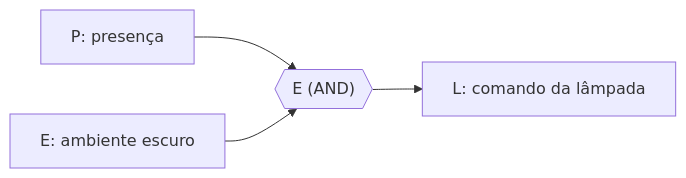
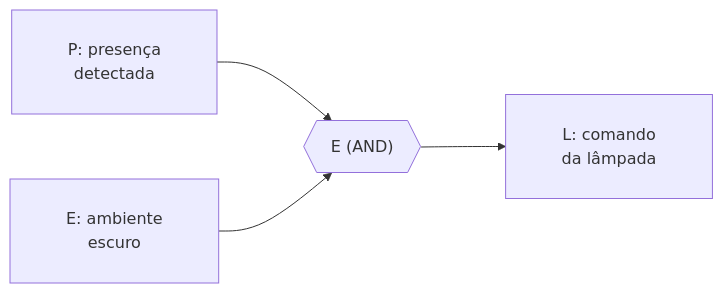
The sixth of 6 diagrams in example/digital-electronics/pt/introduction-to-digital-electronics.md (MathJSLab/mathjslab-markdown), drawn with Mermaid before and after one commit. The commit also changed other lines of this file and 2 other files, not shown here.

````diff
--- a/example/digital-electronics/pt/introduction-to-digital-electronics.md
+++ b/example/digital-electronics/pt/introduction-to-digital-electronics.md
@@ -646,6 +903,7 @@
 ```mermaid
+%%{init: {'themeVariables': {'fontSize': '16px'}, 'flowchart': {'nodeSpacing': 65, 'rankSpacing': 85, 'padding': 28, 'htmlLabels': true}}}%%
 flowchart LR
-    P["P: presença"] --> AND{{"E (AND)"}}
-    E["E: ambiente escuro"] --> AND
-    AND --> L["L: comando da lâmpada"]
+    P["P: presença<br/>detectada"] --> AND{{"E (AND)"}}
+    E["E: ambiente<br/>escuro"] --> AND
+    AND --> L["L: comando<br/>da lâmpada"]
 ```
````
